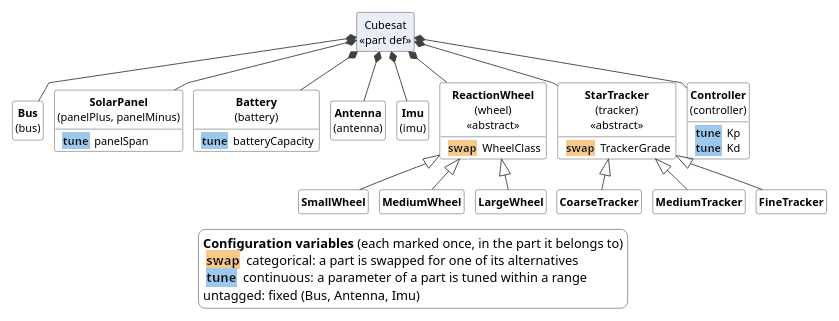
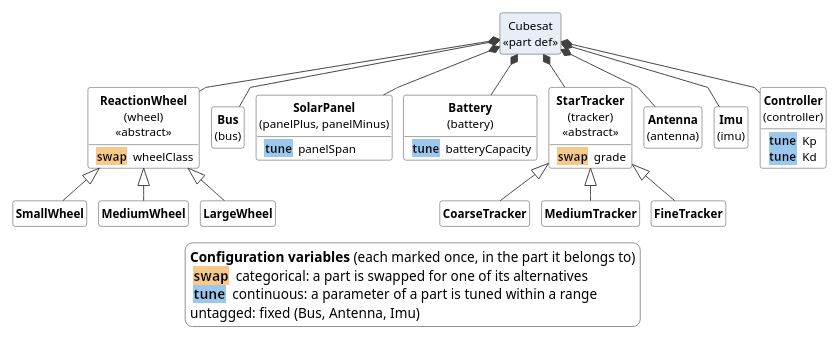
The diagram in examples/adcs/model_v2/views/assembly_view.puml (DynamicalSystemsGroup/hyperbolic-trade-space), drawn with PlantUML before and after one commit. The commit also changed 17 other files, not shown here.

```diff
--- a/examples/adcs/model_v2/views/assembly_view.puml
+++ b/examples/adcs/model_v2/views/assembly_view.puml
@@ -1,80 +1,80 @@
 @startuml
 top to bottom direction
 skinparam linetype polyline
 skinparam shadowing false
 skinparam defaultFontName SansSerif
 skinparam defaultFontSize 12
 skinparam ClassBackgroundColor white
 skinparam ClassBorderColor #404040
 skinparam ClassAttributeIconSize 0
 skinparam ArrowColor #404040
 skinparam RectangleBackgroundColor white
 skinparam RectangleBorderColor #404040
 skinparam PackageBackgroundColor #F7F7F7
 skinparam PackageBorderColor #909090
 skinparam LegendBackgroundColor white
 skinparam LegendBorderColor #909090
 skinparam nodesep 12
 skinparam ranksep 34
 hide circle
 hide empty members
 
 scale 700 width
 
 class "Cubesat\n<<part def>>" as Cubesat #E8EEF7
+class "**ReactionWheel**\n(wheel)\n<<abstract>>" as ReactionWheel {
+  <back:#F6C98B><b> swap </b></back> wheelClass
+}
 class "**Bus**\n(bus)" as Bus {
 }
 class "**SolarPanel**\n(panelPlus, panelMinus)" as SolarPanel {
   <back:#9CC8EE><b> tune </b></back> panelSpan
 }
 class "**Battery**\n(battery)" as Battery {
   <back:#9CC8EE><b> tune </b></back> batteryCapacity
 }
+class "**StarTracker**\n(tracker)\n<<abstract>>" as StarTracker {
+  <back:#F6C98B><b> swap </b></back> grade
+}
 class "**Antenna**\n(antenna)" as Antenna {
 }
 class "**Imu**\n(imu)" as Imu {
-}
-class "**ReactionWheel**\n(wheel)\n<<abstract>>" as ReactionWheel {
-  <back:#F6C98B><b> swap </b></back> WheelClass
-}
-class "**StarTracker**\n(tracker)\n<<abstract>>" as StarTracker {
-  <back:#F6C98B><b> swap </b></back> TrackerGrade
 }
 class "**Controller**\n(controller)" as Controller {
   <back:#9CC8EE><b> tune </b></back> Kp
   <back:#9CC8EE><b> tune </b></back> Kd
 }
+Cubesat *-- ReactionWheel
 Cubesat *-- Bus
 Cubesat *-- SolarPanel
 Cubesat *-- Battery
+Cubesat *-- StarTracker
 Cubesat *-- Antenna
 Cubesat *-- Imu
-Cubesat *-- ReactionWheel
-Cubesat *-- StarTracker
 Cubesat *-- Controller
 class "**SmallWheel**" as SmallWheel {
 }
 class "**MediumWheel**" as MediumWheel {
 }
 class "**LargeWheel**" as LargeWheel {
 }
 class "**CoarseTracker**" as CoarseTracker {
 }
 class "**MediumTracker**" as MediumTracker {
 }
 class "**FineTracker**" as FineTracker {
 }
 ReactionWheel <|-- SmallWheel
 ReactionWheel <|-- MediumWheel
 ReactionWheel <|-- LargeWheel
 StarTracker <|-- CoarseTracker
 StarTracker <|-- MediumTracker
 StarTracker <|-- FineTracker
 
 legend bottom
   **Configuration variables** (each marked once, in the part it belongs to)
   <back:#F6C98B><b> swap </b></back> categorical: a part is swapped for one of its alternatives
   <back:#9CC8EE><b> tune </b></back> continuous: a parameter of a part is tuned within a range
   untagged: fixed (Bus, Antenna, Imu)
 end legend
 @enduml
```
